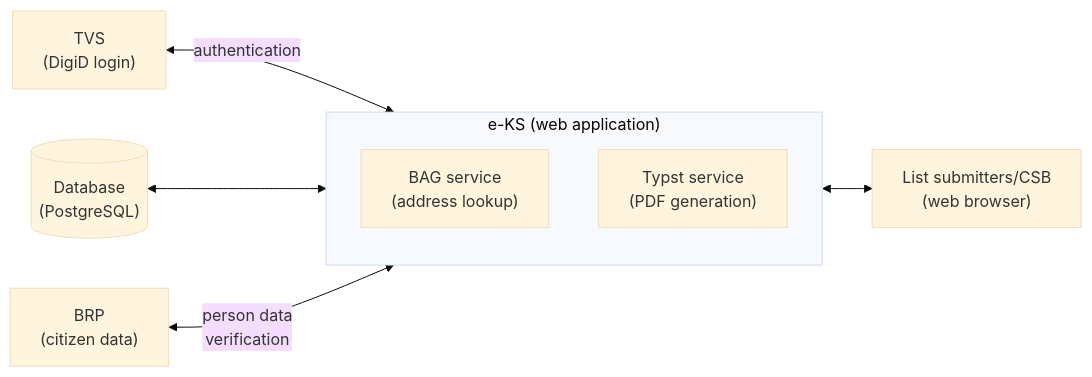
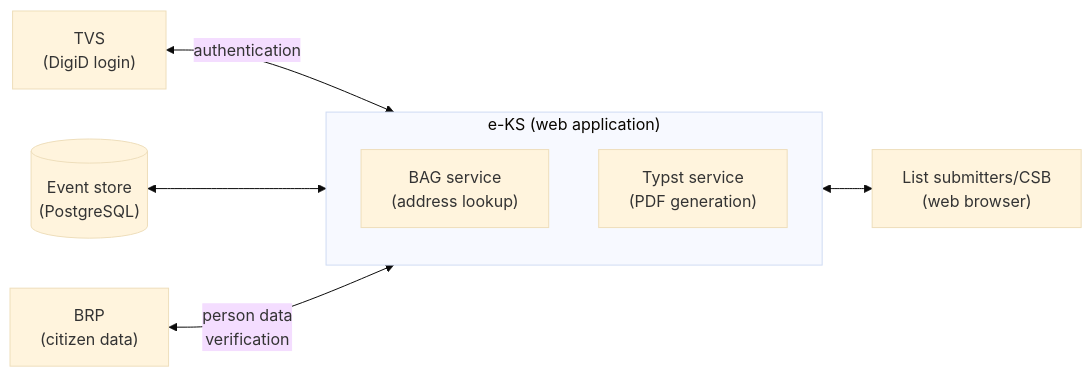
The diagram in docs/code-architecture.md (kiesraad/e-KS), drawn with Mermaid (base theme) before and after one commit.

Commit message:
Apply suggestion from @Drevanoorschot

````diff
--- a/docs/code-architecture.md
+++ b/docs/code-architecture.md
@@ -18,18 +18,18 @@
 ```mermaid
 graph LR
     TVS["TVS\n(DigiD login)"]
     BRP["BRP\n(citizen data)"]
-    DB[("Database\n(PostgreSQL)")]
+    DB[("Event store\n(PostgreSQL)")]
     User["List submitters/CSB\n(web browser)"]
 
     subgraph eks["e-KS (web application)"]
         direction TB
         BAG["BAG service\n(address lookup)"]
         typst["Typst service\n(PDF generation)"]
     end
 
     TVS <-- "authentication" --> eks
     DB <--> eks
     BRP <-- "person data\nverification" --> eks
     eks <--> User
 ```
````
